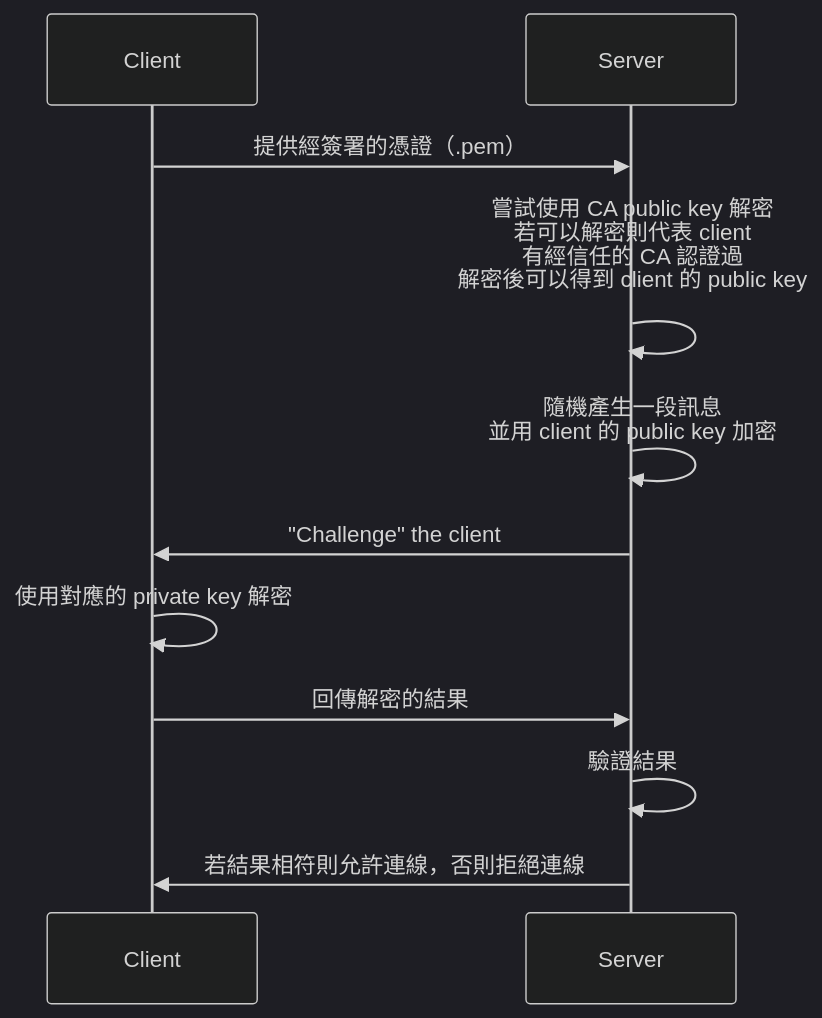
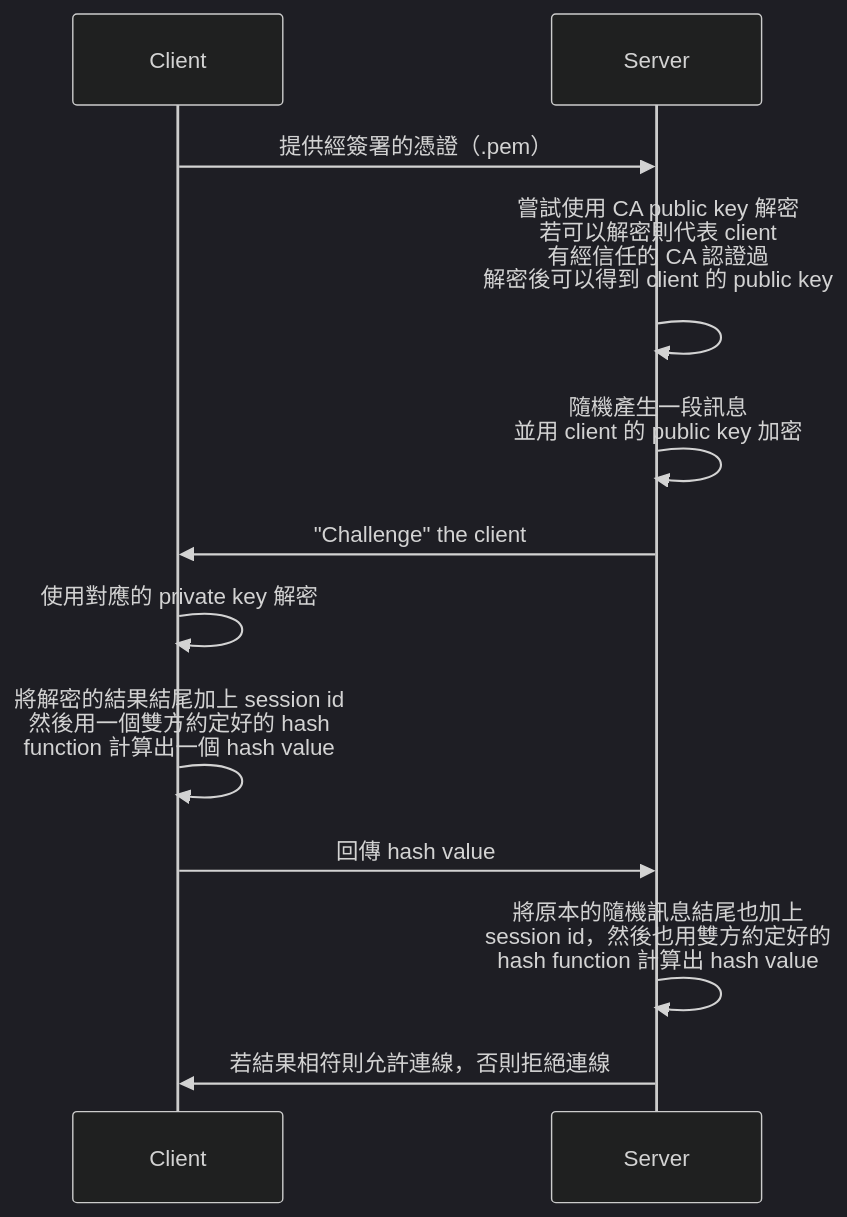
Before and after one commit to bingyangchen/KM-software: the seventh of 7 diagrams in Network/SSH 基本概念.md, drawn with Mermaid (dark theme). The commit also changed other lines of this file and 23 other files, not shown here.

````diff
--- a/Network/SSH 基本概念.md
+++ b/Network/SSH 基本概念.md
@@ -146,11 +147,12 @@
     ```mermaid
     sequenceDiagram
         Client->>Server: 提供經簽署的憑證（.pem）
         Server->>Server: 嘗試使用 CA public key 解密<br/>若可以解密則代表 client<br/>有經信任的 CA 認證過<br/>解密後可以得到 client 的 public key<br/>
         Server->>Server: 隨機產生一段訊息<br/>並用 client 的 public key 加密
         Server->>Client: "Challenge" the client
         Client->>Client: 使用對應的 private key 解密
-        Client->>Server: 回傳解密的結果
-        Server->>Server: 驗證結果
+        Client->>Client: 將解密的結果結尾加上 session id<br/>然後用一個雙方約定好的 hash<br/>function 計算出一個 hash value
+        Client->>Server: 回傳 hash value
+        Server->>Server: 將原本的隨機訊息結尾也加上<br/>session id，然後也用雙方約定好的<br/>hash function 計算出 hash value
         Server->>Client: 若結果相符則允許連線，否則拒絕連線
     ```
````
